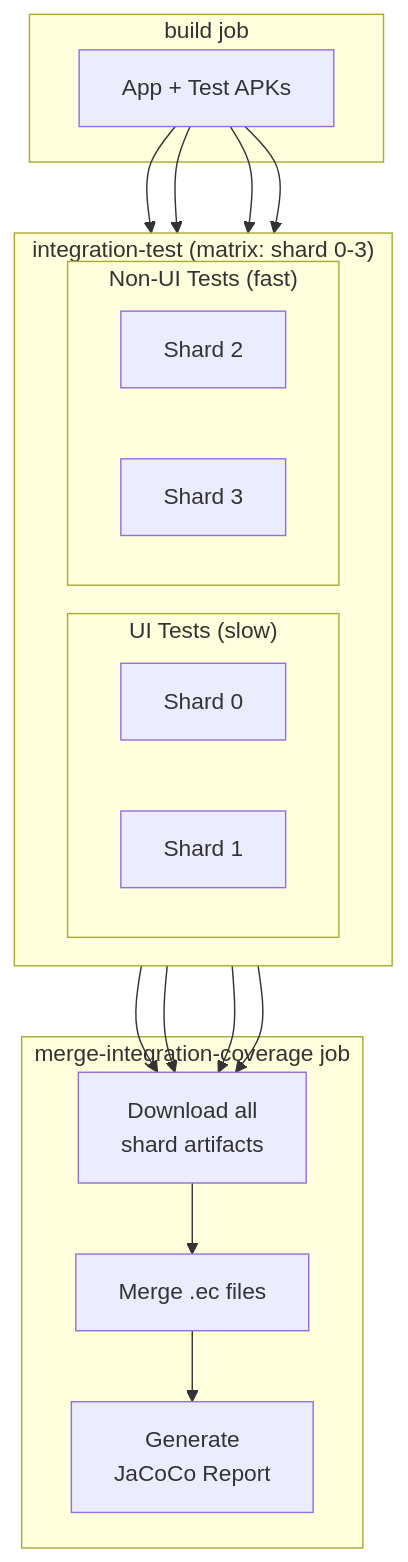
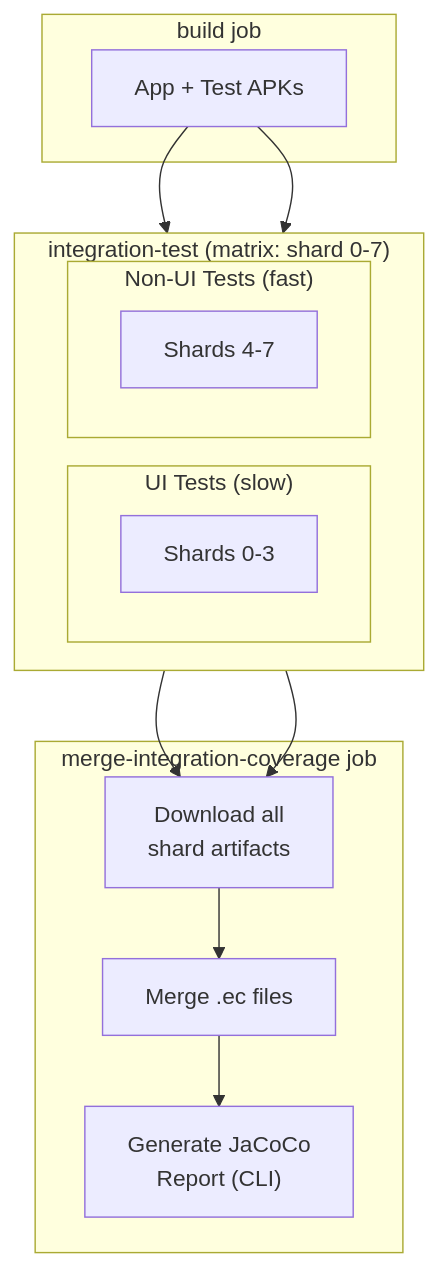
Before and after one commit to williscool/CalendarNotification: the diagram in docs/testing/test_sharding.md, drawn with Mermaid. The commit also changed other lines of this file, not shown here.

First line of the commit message:
docs: update test sharding docs for 8 shards

````diff
--- a/docs/testing/test_sharding.md
+++ b/docs/testing/test_sharding.md
@@ -26,28 +24,26 @@
 ```mermaid
 flowchart TB
     subgraph BuildJob["build job"]
         APK["App + Test APKs"]
     end
     
-    subgraph ParallelShards["integration-test (matrix: shard 0-3)"]
+    subgraph ParallelShards["integration-test (matrix: shard 0-7)"]
         direction LR
         subgraph UIShards["UI Tests (slow)"]
-            S0["Shard 0"]
-            S1["Shard 1"]
+            S0["Shards 0-3"]
         end
         subgraph NonUIShards["Non-UI Tests (fast)"]
-            S2["Shard 2"]
-            S3["Shard 3"]
+            S1["Shards 4-7"]
         end
     end
     
     subgraph MergeJob["merge-integration-coverage job"]
         Download["Download all<br/>shard artifacts"]
         Merge["Merge .ec files"]
-        JaCoCo["Generate<br/>JaCoCo Report"]
+        JaCoCo["Generate JaCoCo<br/>Report (CLI)"]
         Download --> Merge --> JaCoCo
     end
     
-    APK --> S0 & S1 & S2 & S3
-    S0 & S1 & S2 & S3 --> Download
+    APK --> S0 & S1
+    S0 & S1 --> Download
 ```
````
